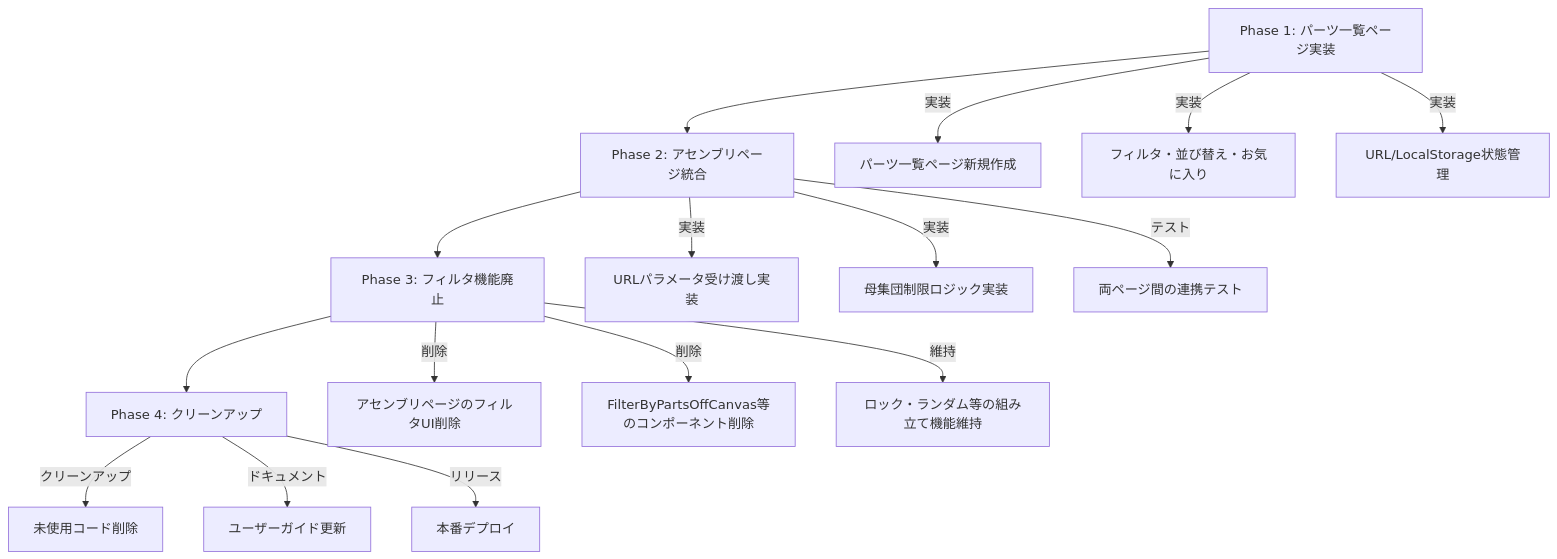
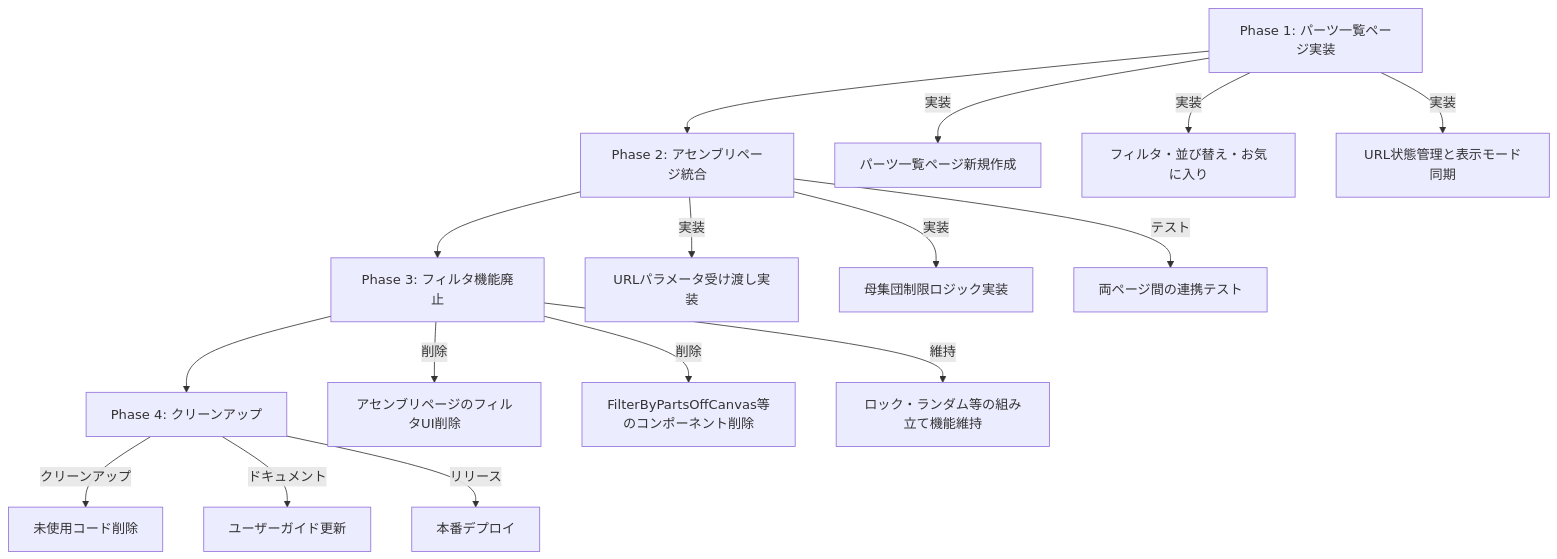
Before and after one commit to tooppoo/ac6_assemble_tool: the sixth of 6 diagrams in docs/specs/parts-list-view/design.md, drawn with Mermaid. The commit also changed other lines of this file and 2 other files, not shown here.

````diff
--- a/docs/specs/parts-list-view/design.md
+++ b/docs/specs/parts-list-view/design.md
@@ -1529,27 +1528,27 @@
 ```mermaid
 flowchart TD
     Phase1[Phase 1: パーツ一覧ページ実装]
     Phase2[Phase 2: アセンブリページ統合]
     Phase3[Phase 3: フィルタ機能廃止]
     Phase4[Phase 4: クリーンアップ]
 
     Phase1 --> Phase2
     Phase2 --> Phase3
     Phase3 --> Phase4
 
     Phase1 -->|実装| P1A[パーツ一覧ページ新規作成]
     Phase1 -->|実装| P1B[フィルタ・並び替え・お気に入り]
-    Phase1 -->|実装| P1C[URL/LocalStorage状態管理]
+    Phase1 -->|実装| P1C[URL状態管理と表示モード同期]
 
     Phase2 -->|実装| P2A[URLパラメータ受け渡し実装]
     Phase2 -->|実装| P2B[母集団制限ロジック実装]
     Phase2 -->|テスト| P2C[両ページ間の連携テスト]
 
     Phase3 -->|削除| P3A[アセンブリページのフィルタUI削除]
     Phase3 -->|削除| P3B[FilterByPartsOffCanvas等のコンポーネント削除]
     Phase3 -->|維持| P3C[ロック・ランダム等の組み立て機能維持]
 
     Phase4 -->|クリーンアップ| P4A[未使用コード削除]
     Phase4 -->|ドキュメント| P4B[ユーザーガイド更新]
     Phase4 -->|リリース| P4C[本番デプロイ]
 ```
````
